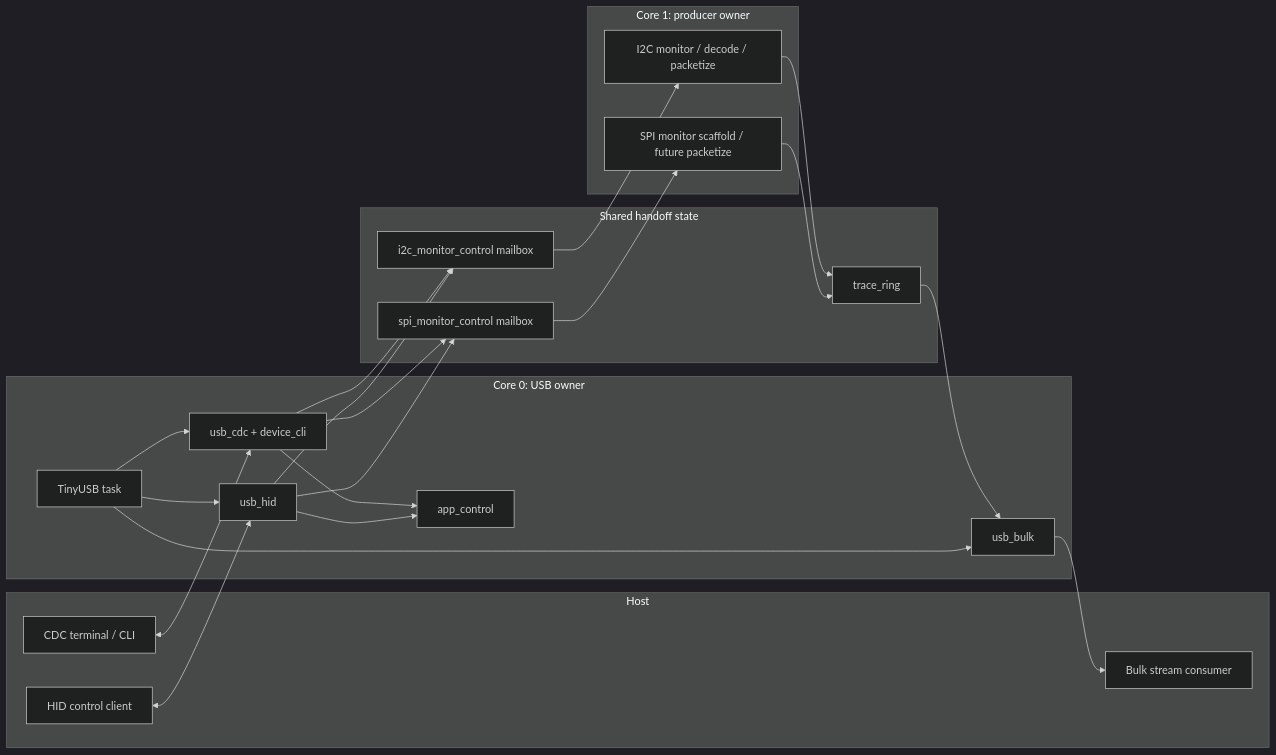
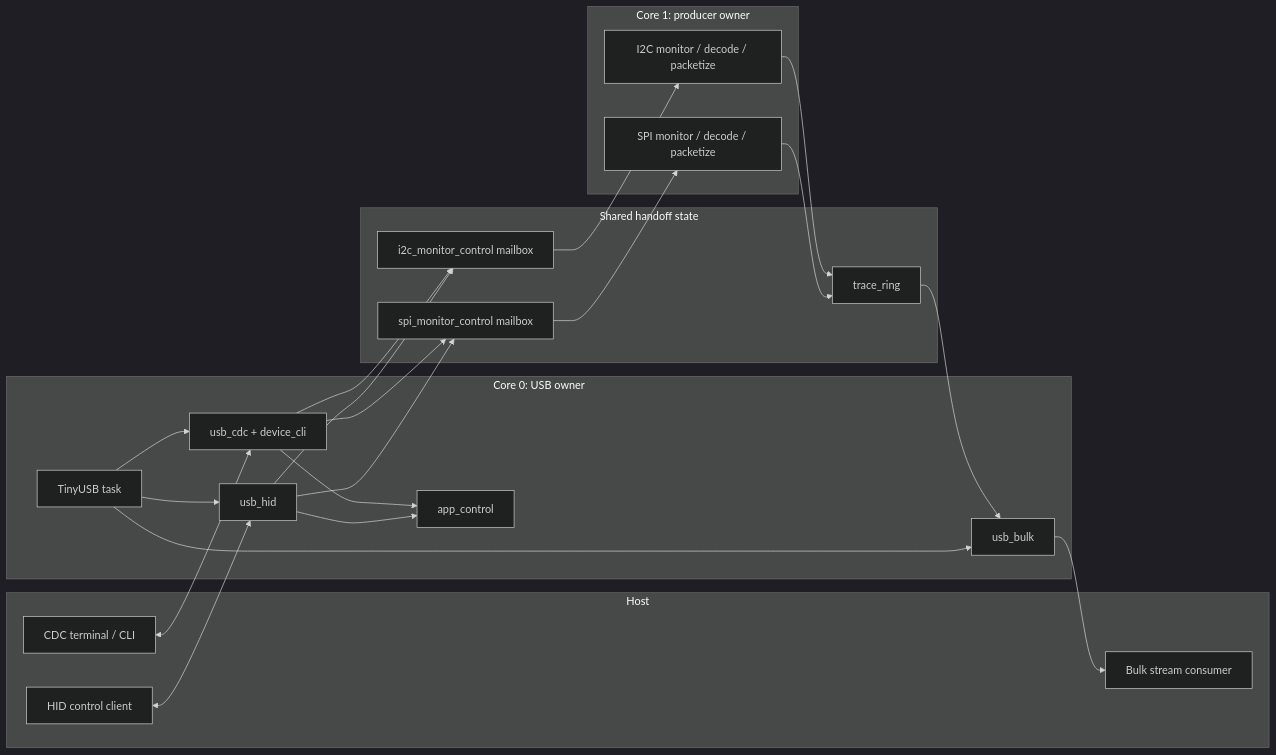
One commit to djwinter29-oss/PicoTrace changed the first of 4 diagrams in docs/architecture/firmware-architecture.md. Above: the diagram before and after it, drawn with Mermaid (dark theme). The commit also changed other lines of this file and 3 other files, not shown here.

````diff
--- a/docs/architecture/firmware-architecture.md
+++ b/docs/architecture/firmware-architecture.md
@@ -32,48 +32,48 @@
 ```mermaid
 flowchart LR
     subgraph Host[Host]
         CLI[CDC terminal / CLI]
         HID[HID control client]
         BULK[Bulk stream consumer]
     end
 
     subgraph Core0[Core 0: USB owner]
         TUSB[TinyUSB task]
         CDC[usb_cdc + device_cli]
         HIDDEV[usb_hid]
         BULKDEV[usb_bulk]
         APP[app_control]
     end
 
     subgraph Shared[Shared handoff state]
         RING[trace_ring]
         I2CMB[i2c_monitor_control mailbox]
         SPIMB[spi_monitor_control mailbox]
     end
 
     subgraph Core1[Core 1: producer owner]
         I2CCAP[I2C monitor / decode / packetize]
-        SPICAP[SPI monitor scaffold / future packetize]
+        SPICAP[SPI monitor / decode / packetize]
     end
 
     CLI <--> CDC
     HID <--> HIDDEV
     BULKDEV --> BULK
 
     CDC --> APP
     HIDDEV --> APP
     CDC --> I2CMB
     CDC --> SPIMB
     HIDDEV --> I2CMB
     HIDDEV --> SPIMB
 
     I2CCAP --> RING
     SPICAP --> RING
     RING --> BULKDEV
 
     I2CMB --> I2CCAP
     SPIMB --> SPICAP
     TUSB --> CDC
     TUSB --> HIDDEV
     TUSB --> BULKDEV
 ```
````
